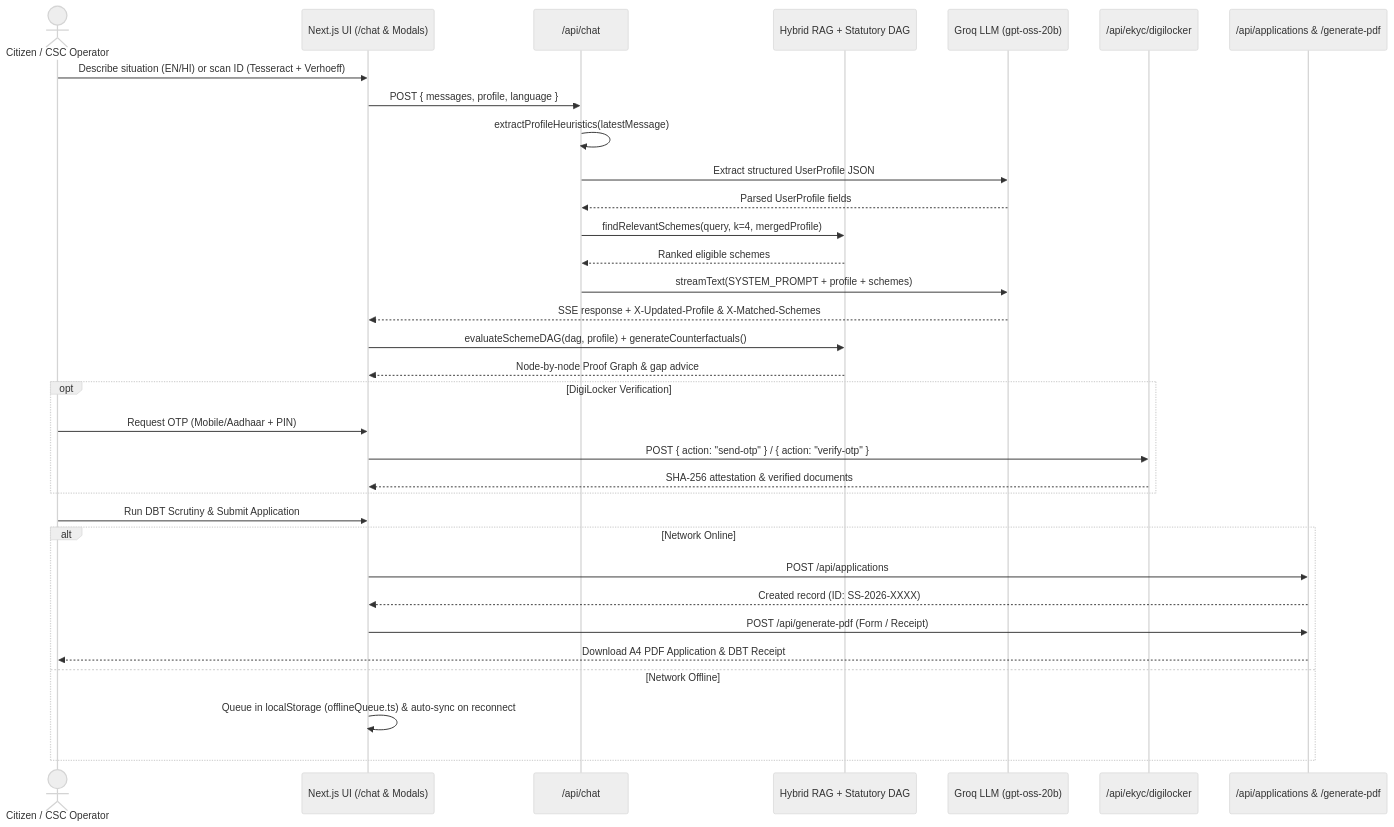
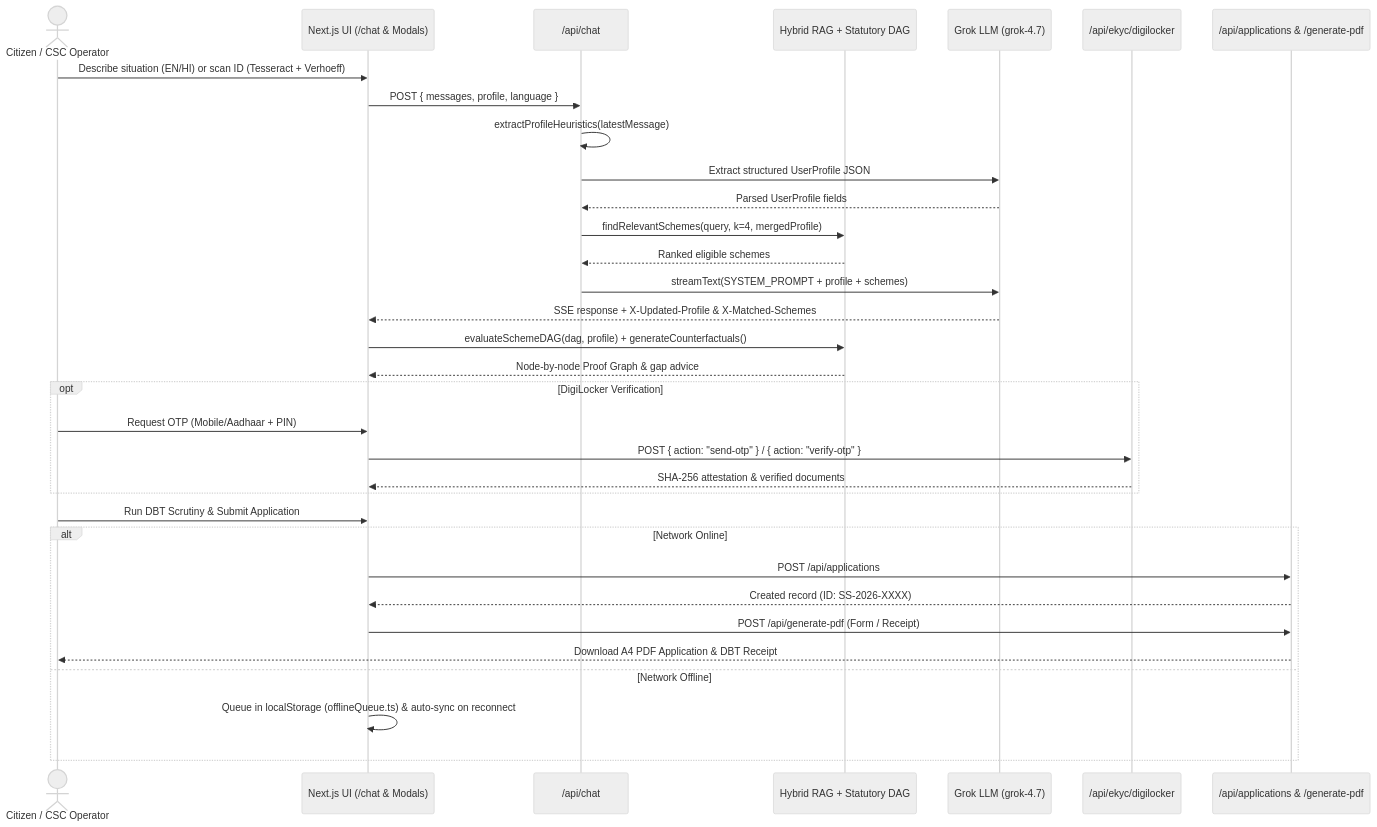
Before and after one commit to Manav-jit/SE_Project: the second of 4 diagrams in README.md, drawn with Mermaid (neutral theme). The commit also changed other lines of this file and 4 other files, not shown here.

````diff
--- a/README.md
+++ b/README.md
@@ -86,38 +86,38 @@
 ```mermaid
 sequenceDiagram
     actor Citizen as Citizen / CSC Operator
     participant UI as Next.js UI (/chat & Modals)
     participant Chat as /api/chat
     participant Engine as Hybrid RAG + Statutory DAG
-    participant Groq as Groq LLM (gpt-oss-20b)
+    participant xAI as Grok LLM (grok-4.7)
     participant eKYC as /api/ekyc/digilocker
     participant AppPDF as /api/applications & /generate-pdf
 
     Citizen->>UI: Describe situation (EN/HI) or scan ID (Tesseract + Verhoeff)
     UI->>Chat: POST { messages, profile, language }
     Chat->>Chat: extractProfileHeuristics(latestMessage)
-    Chat->>Groq: Extract structured UserProfile JSON
-    Groq-->>Chat: Parsed UserProfile fields
+    Chat->>xAI: Extract structured UserProfile JSON
+    xAI-->>Chat: Parsed UserProfile fields
     Chat->>Engine: findRelevantSchemes(query, k=4, mergedProfile)
     Engine-->>Chat: Ranked eligible schemes
-    Chat->>Groq: streamText(SYSTEM_PROMPT + profile + schemes)
-    Groq-->>UI: SSE response + X-Updated-Profile & X-Matched-Schemes
+    Chat->>xAI: streamText(SYSTEM_PROMPT + profile + schemes)
+    xAI-->>UI: SSE response + X-Updated-Profile & X-Matched-Schemes
     UI->>Engine: evaluateSchemeDAG(dag, profile) + generateCounterfactuals()
     Engine-->>UI: Node-by-node Proof Graph & gap advice
 
     opt DigiLocker Verification
         Citizen->>UI: Request OTP (Mobile/Aadhaar + PIN)
         UI->>eKYC: POST { action: "send-otp" } / { action: "verify-otp" }
         eKYC-->>UI: SHA-256 attestation & verified documents
     end
 
     Citizen->>UI: Run DBT Scrutiny & Submit Application
     alt Network Online
         UI->>AppPDF: POST /api/applications
         AppPDF-->>UI: Created record (ID: SS-2026-XXXX)
         UI->>AppPDF: POST /api/generate-pdf (Form / Receipt)
         AppPDF-->>Citizen: Download A4 PDF Application & DBT Receipt
     else Network Offline
         UI->>UI: Queue in localStorage (offlineQueue.ts) & auto-sync on reconnect
     end
 ```
````
